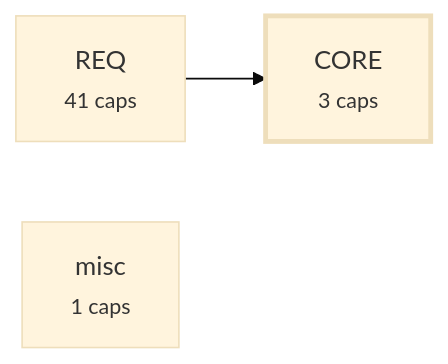
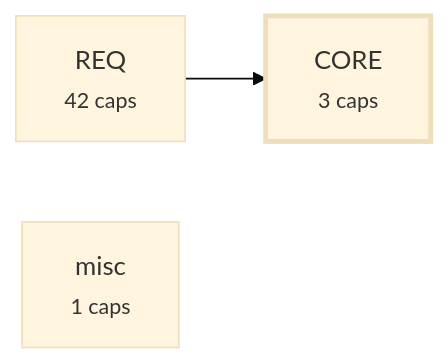
One commit to alxmax/Requirement-manager changed the third of 4 diagrams in plugin/requirements/_map.md. Above: the diagram before and after it, drawn with Mermaid (base theme). The commit also changed other lines of this file and 8 other files, not shown here.

````diff
--- a/plugin/requirements/_map.md
+++ b/plugin/requirements/_map.md
@@ -349,8 +355,8 @@
 ```mermaid
 graph LR
   a_CORE["CORE<br><small>3 caps</small>"]
-  a_REQ["REQ<br><small>41 caps</small>"]
+  a_REQ["REQ<br><small>42 caps</small>"]
   a_misc["misc<br><small>1 caps</small>"]
   a_REQ --> a_CORE
   style a_CORE stroke-width:3px
 ```
````
